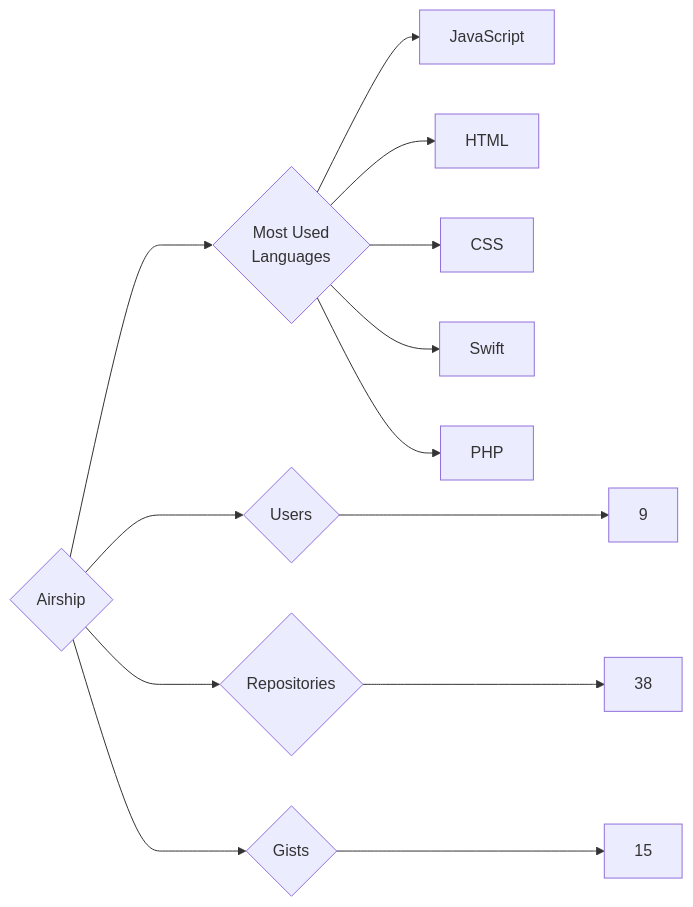
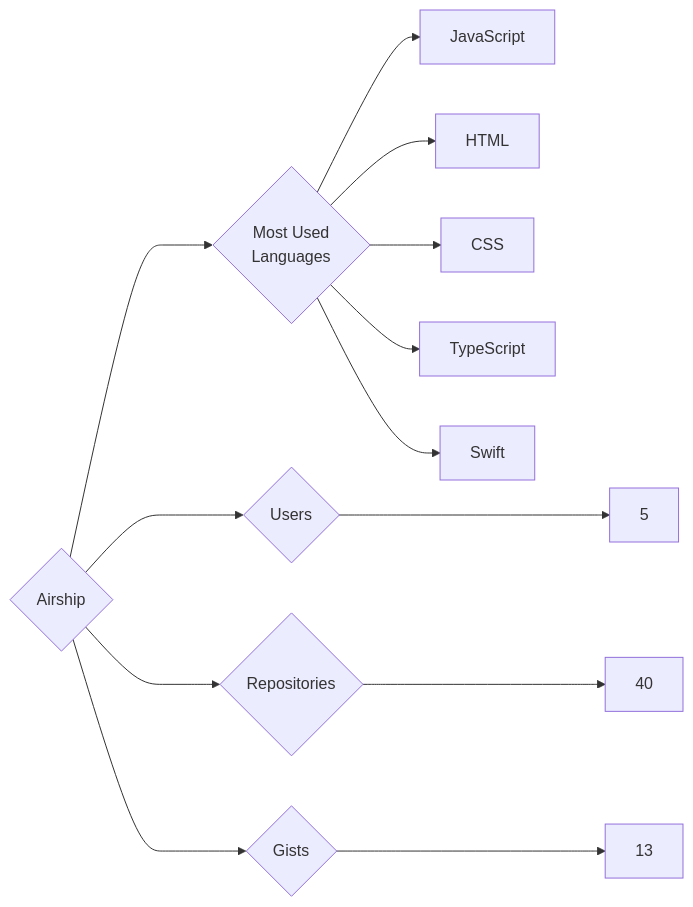
The diagram in targets/Airship/README.md (trickest/insiders), drawn with Mermaid before and after one commit. The commit also changed 693 other files, not shown here.

````diff
--- a/targets/Airship/README.md
+++ b/targets/Airship/README.md
@@ -3,13 +3,13 @@
 ```mermaid
 graph LR
 COMPANY_NAME{Airship}
-COMPANY_NAME ---> U{Users} ---> UN[9]
-COMPANY_NAME ---> R{Repositories} ---> RN[38]
-COMPANY_NAME ---> G{Gists} ---> GN[15]
+COMPANY_NAME ---> U{Users} ---> UN[5]
+COMPANY_NAME ---> R{Repositories} ---> RN[40]
+COMPANY_NAME ---> G{Gists} ---> GN[13]
 COMPANY_NAME ---> ML{Most Used<br>Languages}
 ML --> JavaScript[JavaScript]
 ML --> HTML[HTML]
 ML --> CSS[CSS]
+ML --> TypeScript[TypeScript]
 ML --> Swift[Swift]
-ML --> PHP[PHP]
 ```
````
